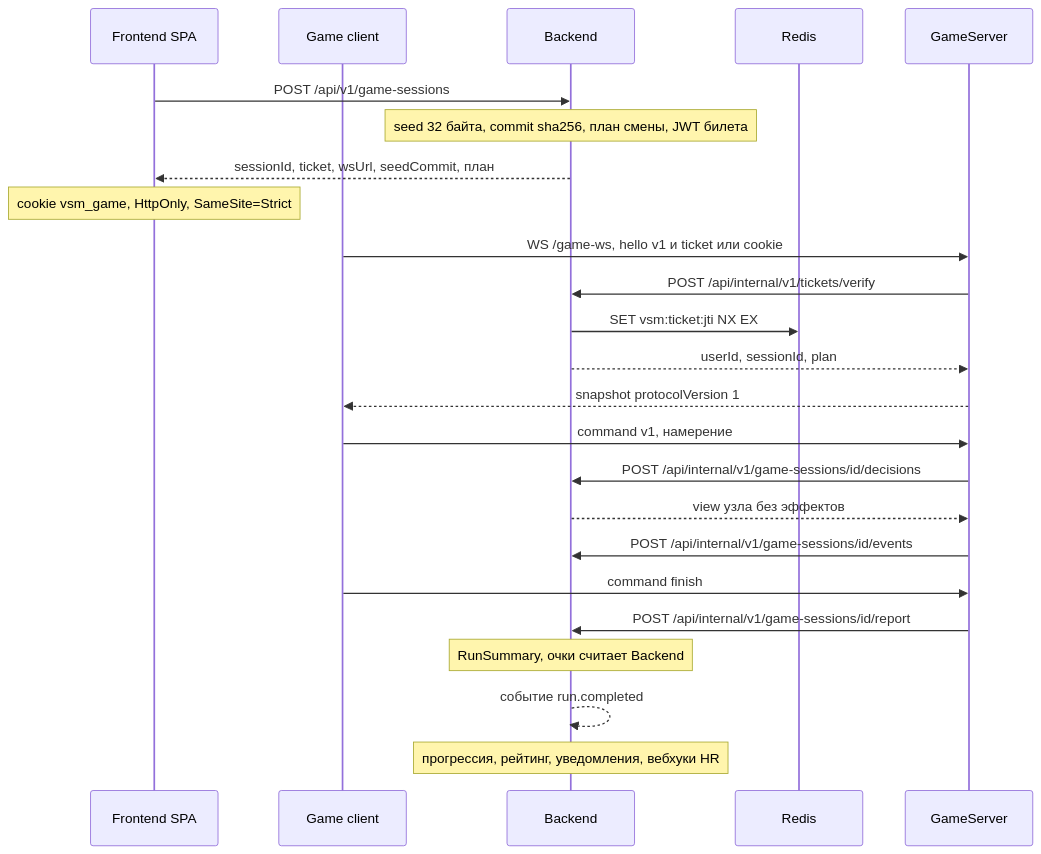
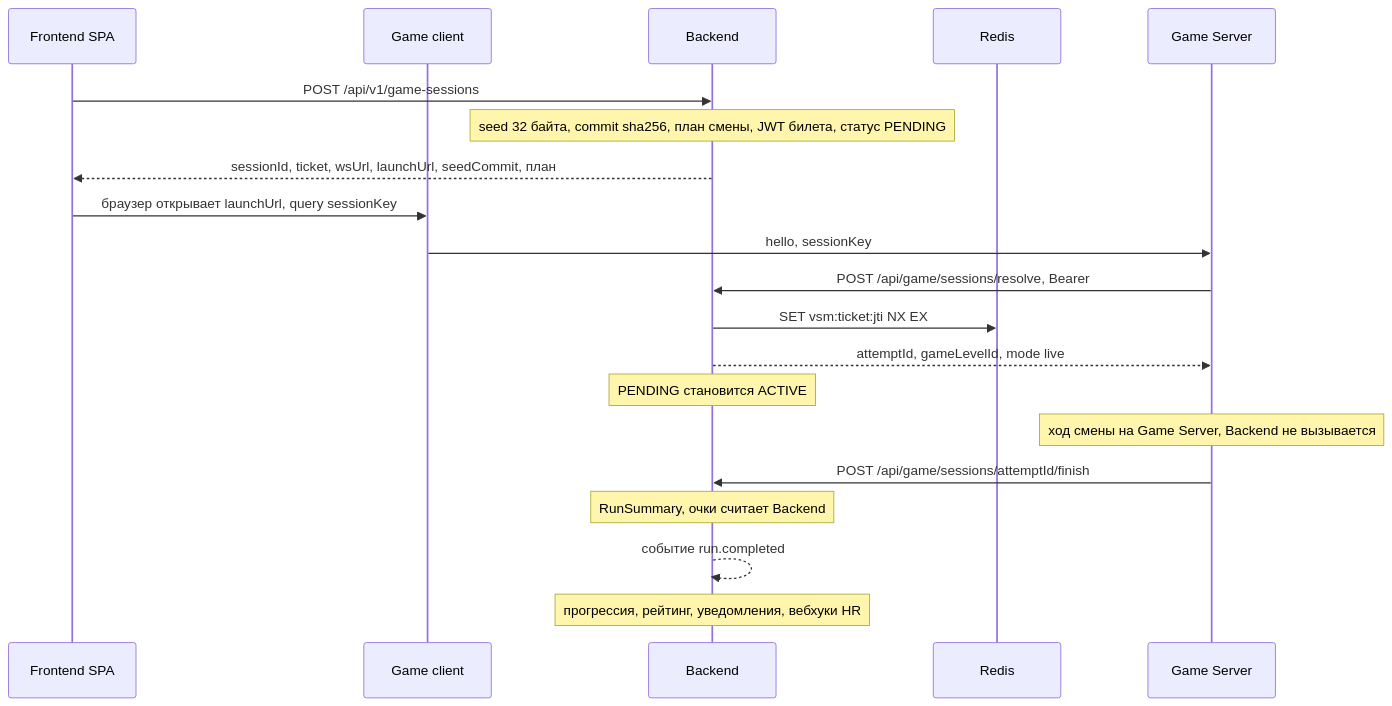
One commit to GachiL0Rd/vsm-400 changed the third of 3 diagrams in Backend/docs/architecture.md. Above: the diagram before and after it, drawn with Mermaid. The commit also changed other lines of this file and 9 other files, not shown here.

First line of the commit message:
docs(backend): describe the platform-only session module

````diff
--- a/Backend/docs/architecture.md
+++ b/Backend/docs/architecture.md
@@ -150,26 +147,22 @@
 ```mermaid
 sequenceDiagram
   participant SPA as Frontend SPA
   participant Game as Game client
   participant API as Backend
   participant RD as Redis
-  participant GS as GameServer
+  participant GS as Game Server
   SPA->>API: POST /api/v1/game-sessions
-  Note over API: seed 32 байта, commit sha256, план смены, JWT билета
-  API-->>SPA: sessionId, ticket, wsUrl, seedCommit, план
-  Note over SPA: cookie vsm_game, HttpOnly, SameSite=Strict
-  Game->>GS: WS /game-ws, hello v1 и ticket или cookie
-  GS->>API: POST /api/internal/v1/tickets/verify
+  Note over API: seed 32 байта, commit sha256, план смены, JWT билета, статус PENDING
+  API-->>SPA: sessionId, ticket, wsUrl, launchUrl, seedCommit, план
+  SPA->>Game: браузер открывает launchUrl, query sessionKey
+  Game->>GS: hello, sessionKey
+  GS->>API: POST /api/game/sessions/resolve, Bearer
   API->>RD: SET vsm:ticket:jti NX EX
-  API-->>GS: userId, sessionId, plan
-  GS-->>Game: snapshot protocolVersion 1
-  Game->>GS: command v1, намерение
-  GS->>API: POST /api/internal/v1/game-sessions/id/decisions
-  API-->>GS: view узла без эффектов
-  GS->>API: POST /api/internal/v1/game-sessions/id/events
-  Game->>GS: command finish
-  GS->>API: POST /api/internal/v1/game-sessions/id/report
+  API-->>GS: attemptId, gameLevelId, mode live
+  Note over API: PENDING становится ACTIVE
+  Note over GS: ход смены на Game Server, Backend не вызывается
+  GS->>API: POST /api/game/sessions/attemptId/finish
   Note over API: RunSummary, очки считает Backend
   API-->>API: событие run.completed
   Note over API: прогрессия, рейтинг, уведомления, вебхуки HR
 ```
````
